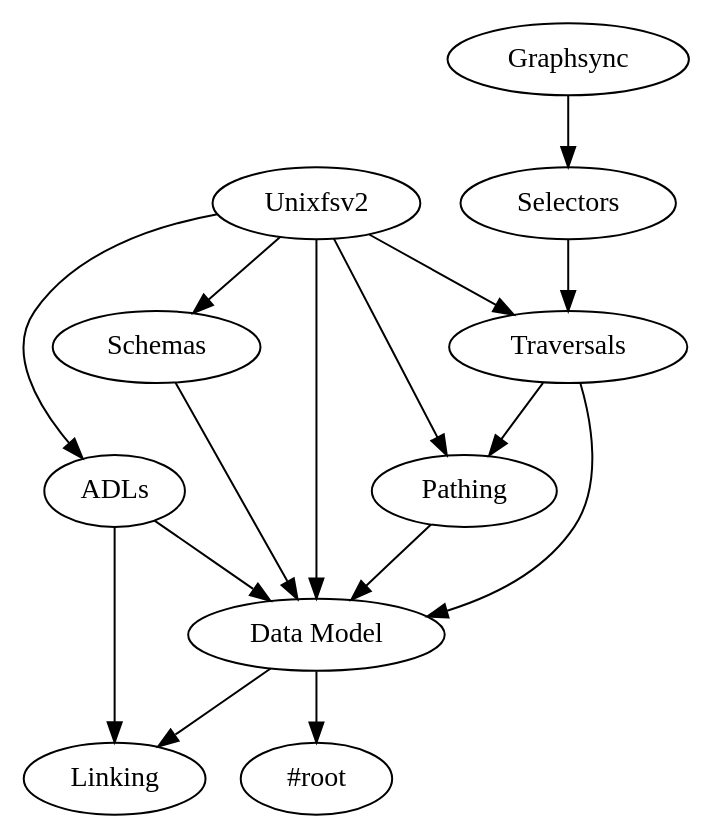
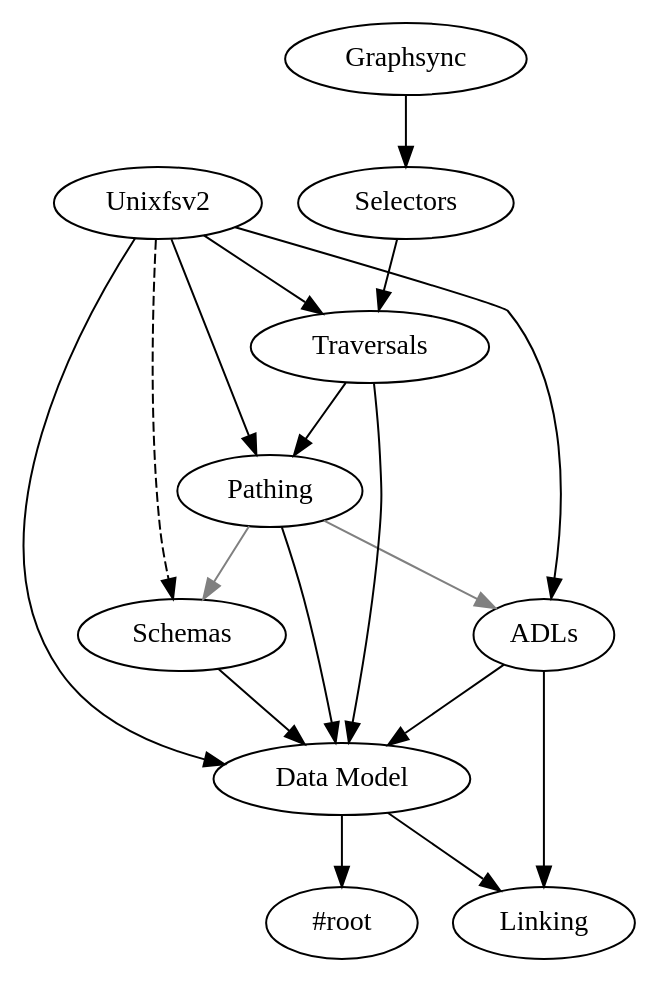
The diagram in components/component-dependencies.dot (ipld/ipld), drawn with Graphviz before and after one commit. The commit also changed 1 other file, not shown here.

Commit message:
More connections for pathing.
I thought, when I was typing the graph, that this might render very confusingly.

Turns out... I actually really like this.  Yes: it is accurate to
perceive pathing as a relatively high-level construct.

```diff
--- a/components/component-dependencies.dot
+++ b/components/component-dependencies.dot
@@ -1,14 +1,18 @@
 digraph {
 	"Pathing" -> "Data Model"
 	"Traversals" -> {"Pathing", "Data Model"}
 	"ADLs" -> {"Data Model", "Linking"}
 	"Data Model" -> {"Linking", "#root"}
 	"Schemas" -> "Data Model"
 	"Selectors" -> "Traversals"
 	"Graphsync" -> "Selectors"
 	"Unixfsv2" -> {"Pathing", "Data Model", "Traversals", "ADLs"}
-	"Unixfsv2" -> "Schemas" // dotted line
+	"Unixfsv2" -> "Schemas" [style=dashed]
+	"Pathing" -> {"Schemas", "ADLs"} [color=grey]
 }
 
-// literally everything that points to schemas does so with a dotted line,
+// dotted line means "you will have an easier time implementing this if your IPLD libraries support this feature", but it's not strictly necessary, either.
+// grey line means this feature is primarily defined in terms of the black lines outbound from the source node, but can also be defined in terms of the target of the grey lines.
+
+// literally everything that points to schemas does so with a dotted line (or a grey line),
 // because you can *always* implement those things without a schema implementation in your langauge of choice or involved in your dev process... it'll just probably be more work.
```
